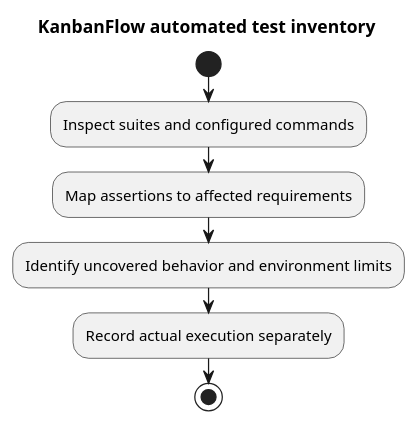
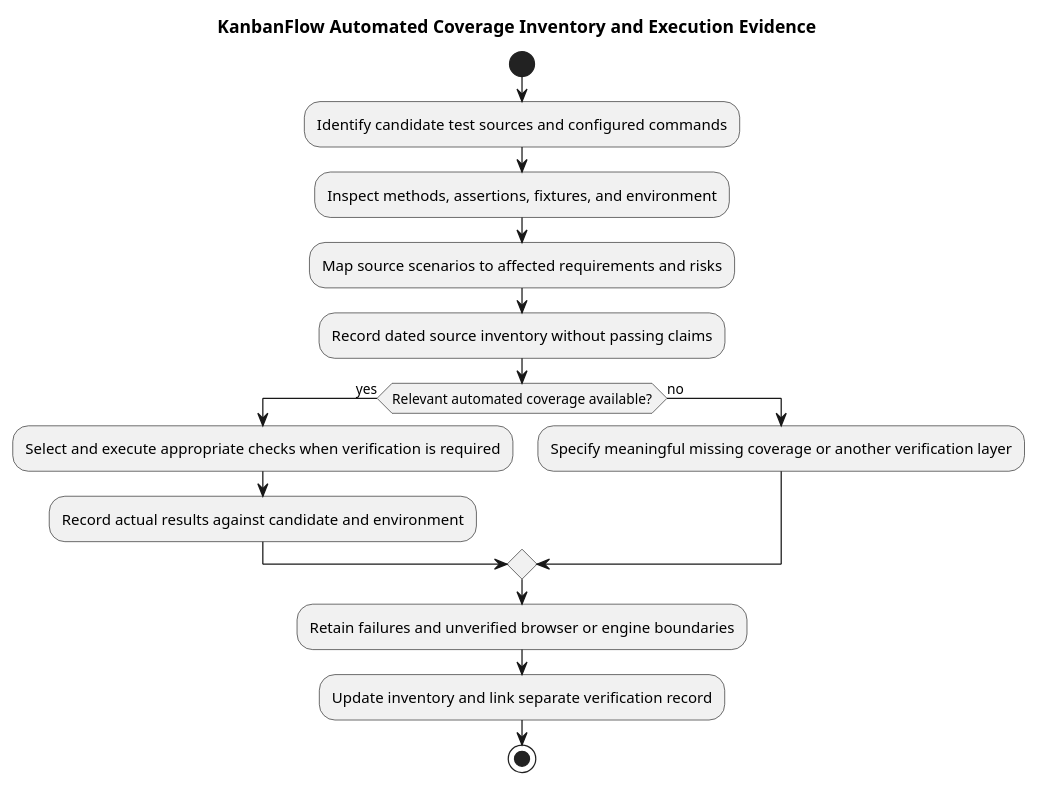
Before and after one commit to Farhad-Valizadegan/Web-KanbanFlow: the diagram in docs/SDLC/06-testing/diagrams/automated-test-inventory.puml, drawn with PlantUML. The commit also changed 2 other files, not shown here.

Commit message:
docs: complete automated test inventory and coverage boundaries

```diff
--- a/docs/SDLC/06-testing/diagrams/automated-test-inventory.puml
+++ b/docs/SDLC/06-testing/diagrams/automated-test-inventory.puml
@@ -1,9 +1,17 @@
 @startuml
-title KanbanFlow automated test inventory
+title KanbanFlow Automated Coverage Inventory and Execution Evidence
 start
-:Inspect suites and configured commands;
-:Map assertions to affected requirements;
-:Identify uncovered behavior and environment limits;
-:Record actual execution separately;
+:Identify candidate test sources and configured commands;
+:Inspect methods, assertions, fixtures, and environment;
+:Map source scenarios to affected requirements and risks;
+:Record dated source inventory without passing claims;
+if (Relevant automated coverage available?) then (yes)
+ :Select and execute appropriate checks when verification is required;
+ :Record actual results against candidate and environment;
+else (no)
+ :Specify meaningful missing coverage or another verification layer;
+endif
+:Retain failures and unverified browser or engine boundaries;
+:Update inventory and link separate verification record;
 stop
 @enduml
```
